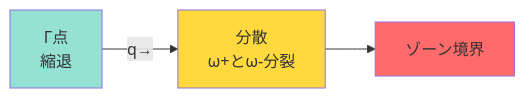
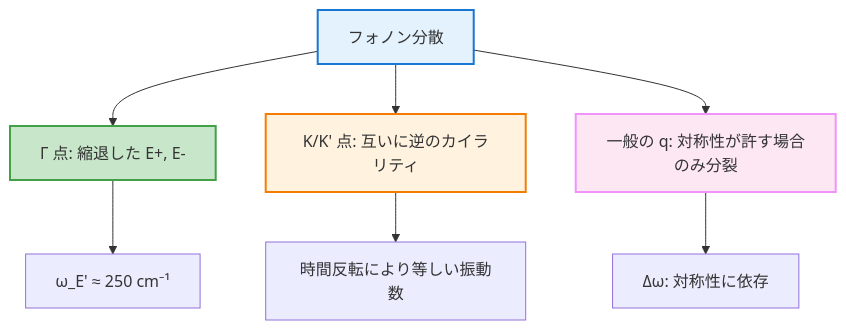
The third of 3 diagrams in knowledge/jp/MS/chiral-phonons/chapter-2.md (YusukeHashimotoLab/AI-Knowledge-Notes), drawn with Mermaid before and after one commit. The commit also changed other lines of this file and 151 other files, not shown here.

````diff
--- a/knowledge/jp/MS/chiral-phonons/chapter-2.md
+++ b/knowledge/jp/MS/chiral-phonons/chapter-2.md
@@ -297,8 +321,14 @@
 ```mermaid
-graph LR
-    A[Γ点<br/>縮退] -->|q→| B[分散<br/>ω+とω-分裂]
-    B --> C[ゾーン境界]
-    style A fill:#95e1d3
-    style B fill:#ffd93d
-    style C fill:#ff6b6b
+graph TD
+    A[フォノン分散] --> B[Γ 点: 縮退した E+, E-]
+    A --> C[K/K' 点: 互いに逆のカイラリティ]
+    A --> D[一般の q: 対称性が許す場合のみ分裂]
+    B --> E[ω_E' ≈ 250 cm⁻¹]
+    C --> F[時間反転により等しい振動数]
+    D --> G[Δω: 対称性に依存]
+
+    style A fill:#e3f2fd,stroke:#1976d2,stroke-width:2px
+    style B fill:#c8e6c9,stroke:#43a047,stroke-width:2px
+    style C fill:#fff3e0,stroke:#f57c00,stroke-width:2px
+    style D fill:#fce7f3,stroke:#f093fb,stroke-width:2px
 ```
````
